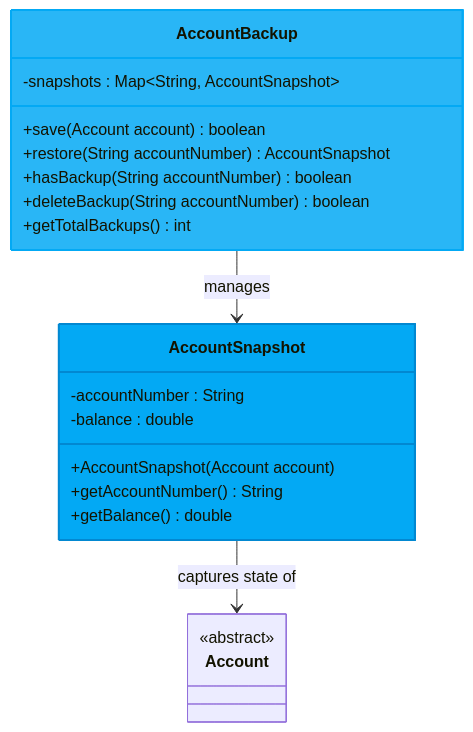
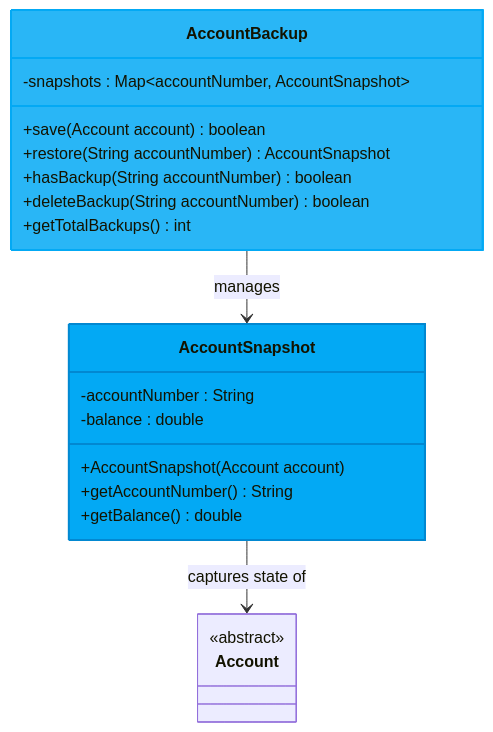
One commit to GianCarloFandialan/PROGETTO_OOP changed diagram 12 of 13 in README.md. Above: the diagram before and after it, drawn with Mermaid.

````diff
--- a/README.md
+++ b/README.md
@@ -500,29 +500,29 @@
 ```mermaid
 classDiagram
     class AccountSnapshot {
         -accountNumber : String
         -balance : double
         +AccountSnapshot(Account account)
         +getAccountNumber() String
         +getBalance() double
     }
 
     class AccountBackup {
-        -snapshots : Map~String, AccountSnapshot~
+        -snapshots : Map~accountNumber, AccountSnapshot~
         +save(Account account) boolean
         +restore(String accountNumber) AccountSnapshot
         +hasBackup(String accountNumber) boolean
         +deleteBackup(String accountNumber) boolean
         +getTotalBackups() int
     }
 
     class Account {
         <<abstract>>
     }
 
     AccountBackup --> AccountSnapshot : manages
     AccountSnapshot --> Account : captures state of
 
     style AccountSnapshot fill:#03a9f4,stroke:#0288d1,stroke-width:2px
     style AccountBackup fill:#29b6f6,stroke:#03a9f4,stroke-width:2px
 ```
````
